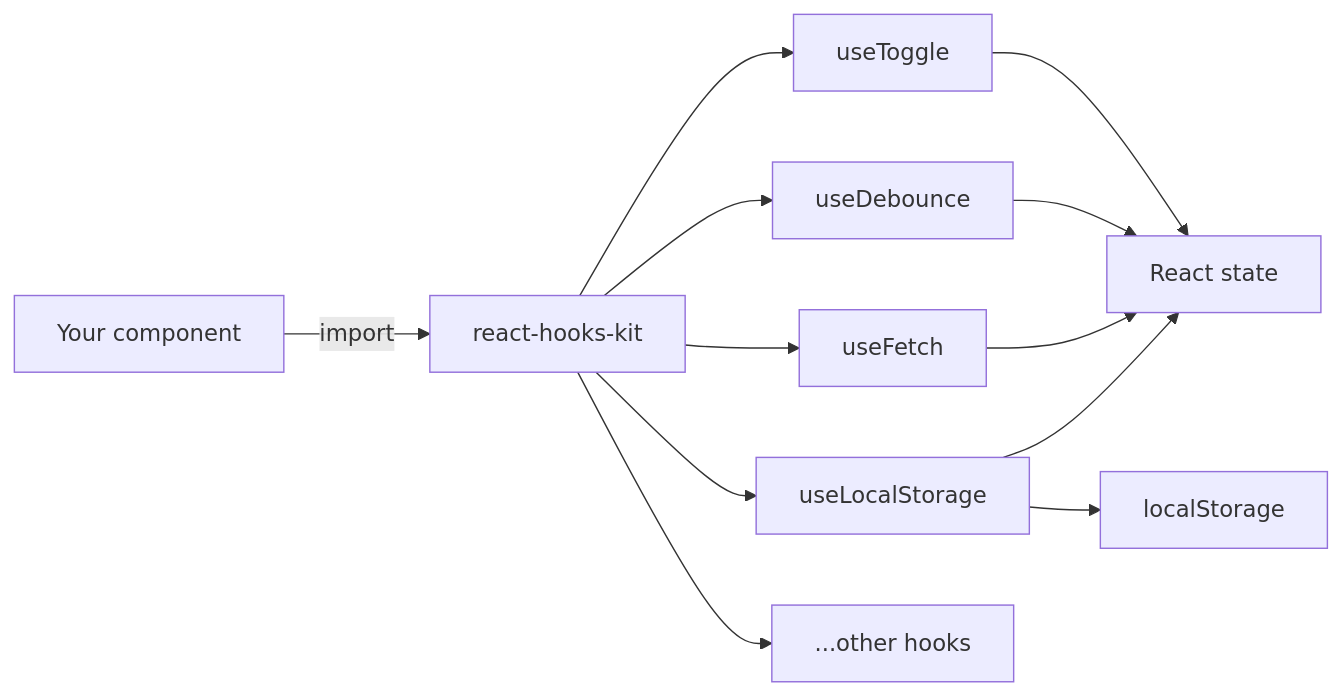
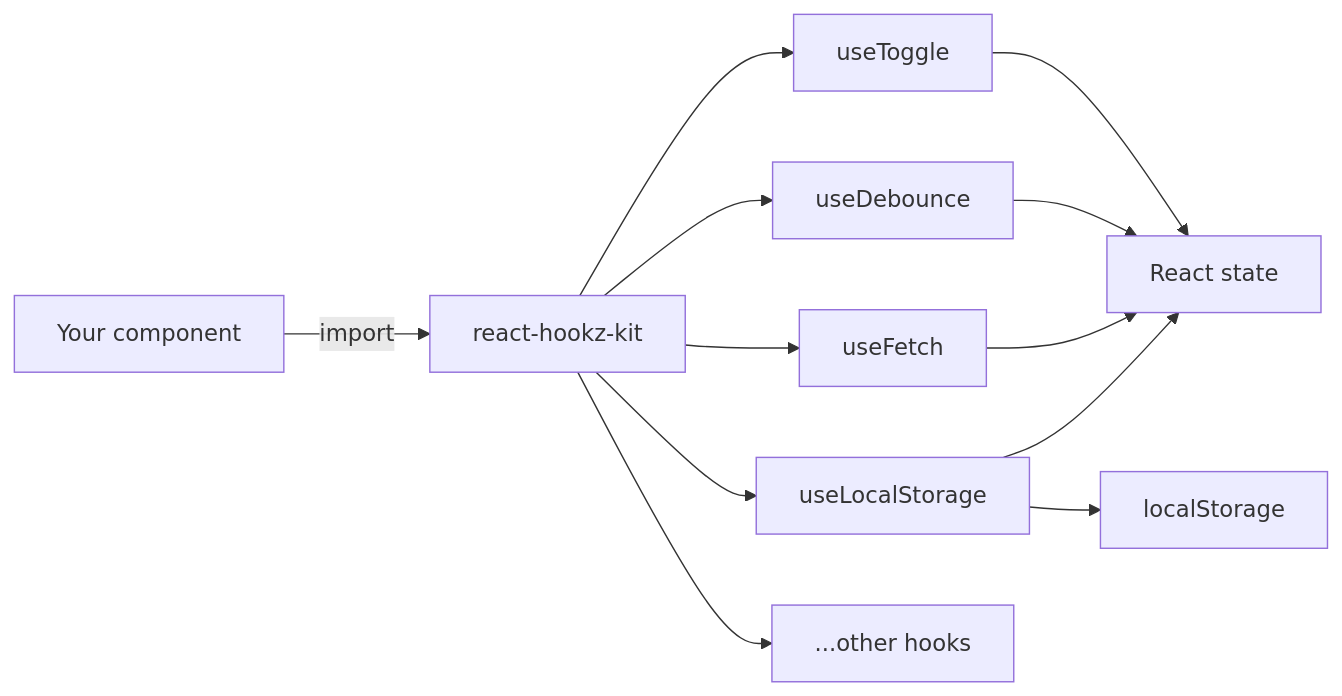
Before and after one commit to huynhson0809/react-hooks-kit: the first of 2 diagrams in README.md, drawn with Mermaid. The commit also changed other lines of this file and 4 other files, not shown here.

Commit message:
chore: rename npm package to react-hookz-kit

````diff
--- a/README.md
+++ b/README.md
@@ -82,14 +82,14 @@
 ```mermaid
 flowchart LR
-  A["Your component"] -->|import| B["react-hooks-kit"]
+  A["Your component"] -->|import| B["react-hookz-kit"]
   B --> C["useToggle"]
   B --> D["useDebounce"]
   B --> E["useFetch"]
   B --> F["useLocalStorage"]
   B --> G["...other hooks"]
   C --> H["React state"]
   D --> H
   E --> H
   F --> I["localStorage"]
   F --> H
 ```
````
